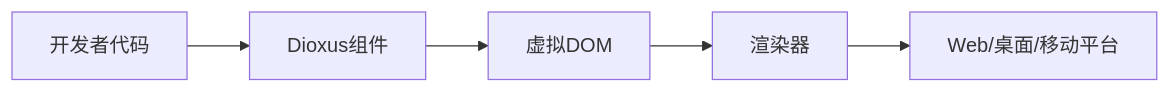
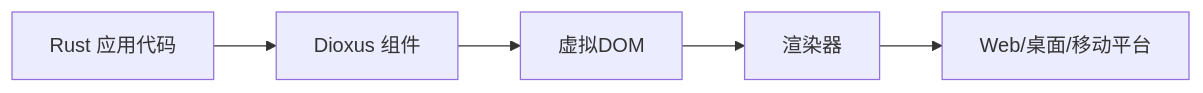
Before and after one commit to wayyoungboy/github-trending-reporter: the fifth of 12 diagrams in reports/2026/01/2026-01-13.md, drawn with Mermaid. The commit also changed other lines of this file and 1 other file, not shown here.

````diff
--- a/reports/2026/01/2026-01-13.md
+++ b/reports/2026/01/2026-01-13.md
@@ -259,7 +266,7 @@
 ```mermaid
 graph LR
-    A[开发者代码] --> B[Dioxus组件]
+    A[Rust 应用代码] --> B[Dioxus 组件]
     B --> C[虚拟DOM]
     C --> D[渲染器]
     D --> E[Web/桌面/移动平台]
 ```
````
